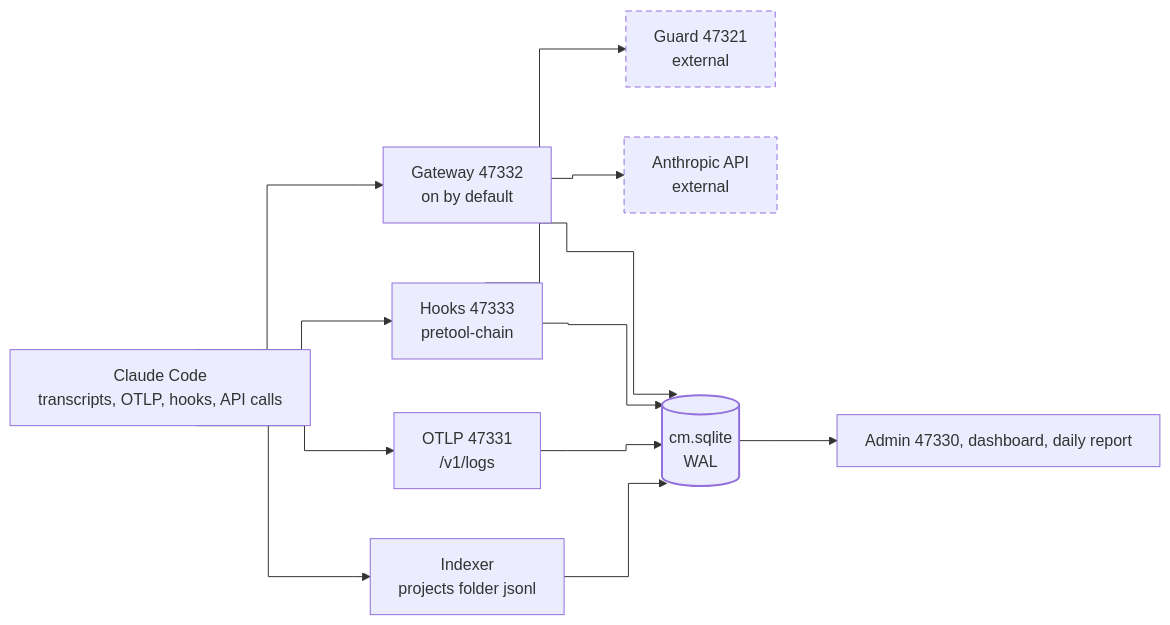
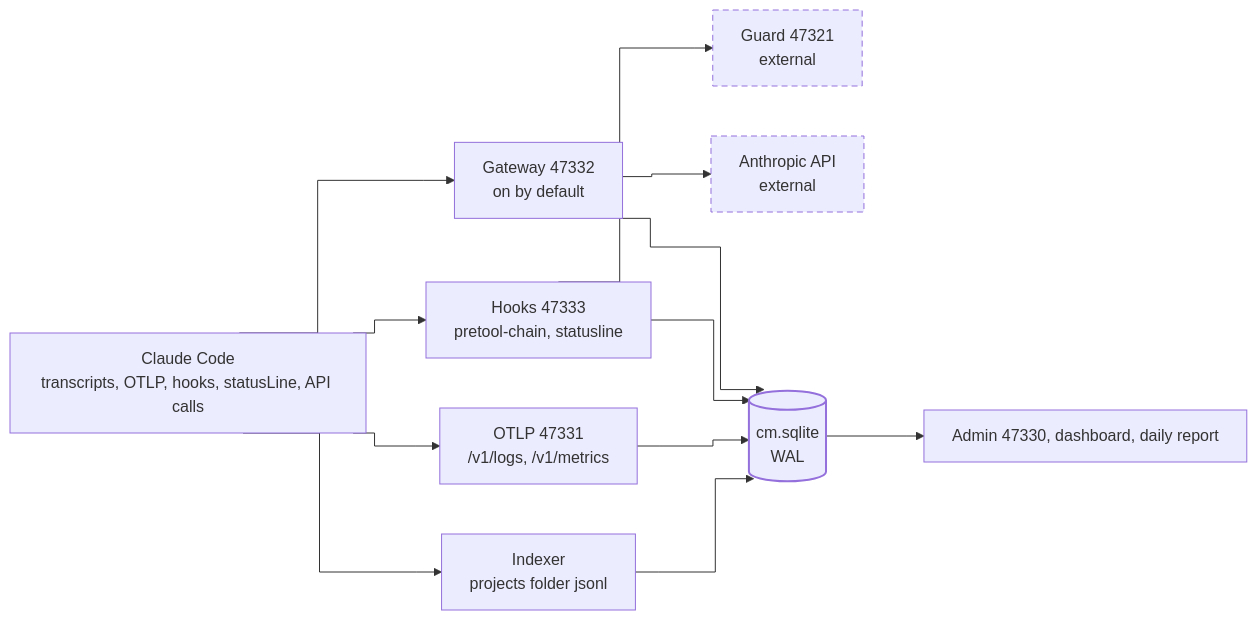
One commit to jungho-dev/claude-monitor changed the first of 2 diagrams in ARCHITECTURE.md. Above: the diagram before and after it, drawn with Mermaid. The commit also changed other lines of this file and 84 other files, not shown here.

````diff
--- a/ARCHITECTURE.md
+++ b/ARCHITECTURE.md
@@ -154,38 +185,38 @@
 ```mermaid
 ---
 config:
   fontFamily: "Malgun Gothic, Arial, sans-serif"
   themeCSS: "* { font-family: Malgun Gothic, Arial, sans-serif !important; }"
   flowchart:
     curve: step
     nodeSpacing: 50
     rankSpacing: 60
     padding: 14
     wrappingWidth: 300
 ---
 flowchart LR
-    CC["Claude Code<br/>transcripts, OTLP, hooks, API calls"]
+    CC["Claude Code<br/>transcripts, OTLP, hooks, statusLine, API calls"]
     IDX["Indexer<br/>projects folder jsonl"]
-    OT["OTLP 47331<br/>/v1/logs"]
-    HK["Hooks 47333<br/>pretool-chain"]
+    OT["OTLP 47331<br/>/v1/logs, /v1/metrics"]
+    HK["Hooks 47333<br/>pretool-chain, statusline"]
     GW["Gateway 47332<br/>on by default"]
     GD["Guard 47321<br/>external"]
     API["Anthropic API<br/>external"]
     DB[("cm.sqlite<br/>WAL")]
     OUT["Admin 47330, dashboard, daily report"]
     CC --> IDX
     CC --> OT
     CC --> HK
     CC --> GW
     HK --> GD
     GW --> API
     IDX --> DB
     OT --> DB
     HK --> DB
     GW --> DB
     DB --> OUT
     classDef key stroke-width:2px
     classDef ext stroke-dasharray:6 4
     class GD,API ext
     class DB key
 ```
````
